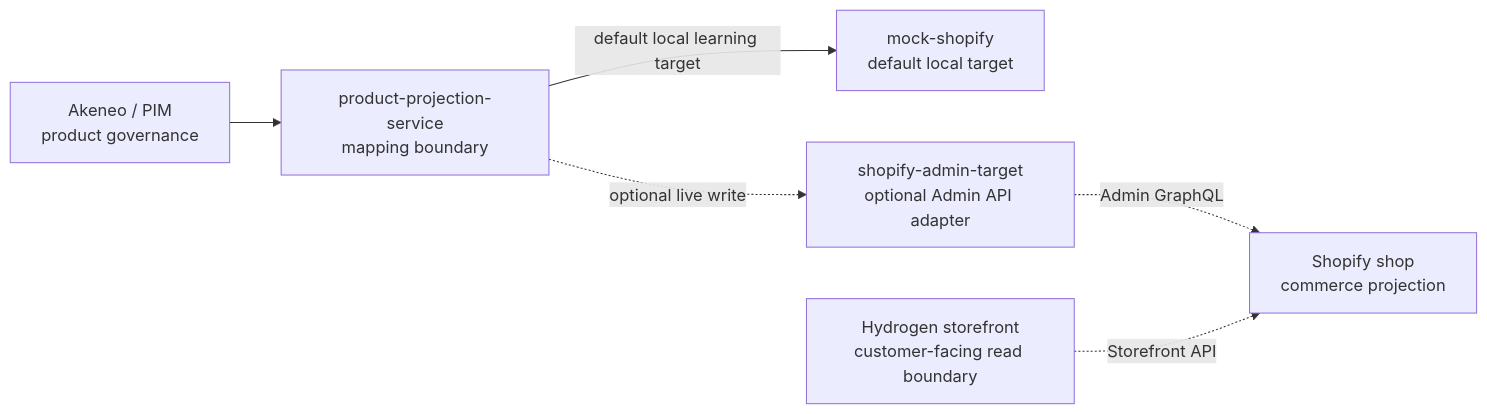
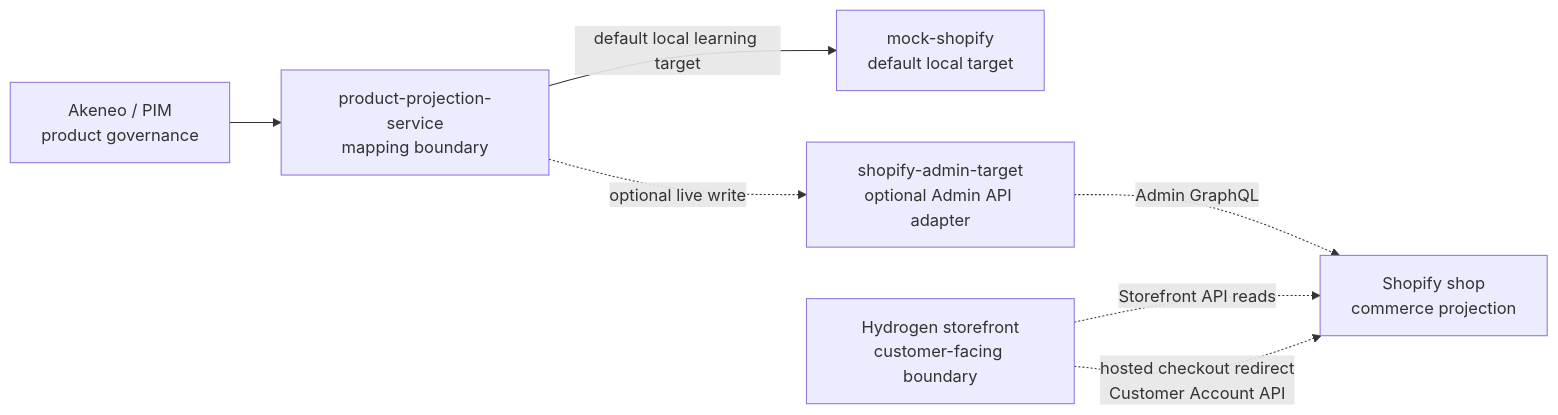
One commit to davidverholen/context-architecture-lab-ecommerce changed the diagram in docs/commerce/hydrogen-storefront.md. Above: the diagram before and after it, drawn with Mermaid. The commit also changed other lines of this file and 40 other files, not shown here.

Commit message:
Add Shopify checkout and account MVP

````diff
--- a/docs/commerce/hydrogen-storefront.md
+++ b/docs/commerce/hydrogen-storefront.md
@@ -13,15 +13,16 @@
 ```mermaid
 flowchart LR
   PIM["Akeneo / PIM\nproduct governance"]
   Projection["product-projection-service\nmapping boundary"]
   Mock["mock-shopify\ndefault local target"]
   AdminTarget["shopify-admin-target\noptional Admin API adapter"]
   Shopify["Shopify shop\ncommerce projection"]
-  Hydrogen["Hydrogen storefront\ncustomer-facing read boundary"]
+  Hydrogen["Hydrogen storefront\ncustomer-facing boundary"]
 
   PIM --> Projection
   Projection -->|"default local learning target"| Mock
   Projection -. "optional live write" .-> AdminTarget
   AdminTarget -. "Admin GraphQL" .-> Shopify
-  Hydrogen -. "Storefront API" .-> Shopify
+  Hydrogen -. "Storefront API reads" .-> Shopify
+  Hydrogen -. "hosted checkout redirect\nCustomer Account API" .-> Shopify
 ```
````
